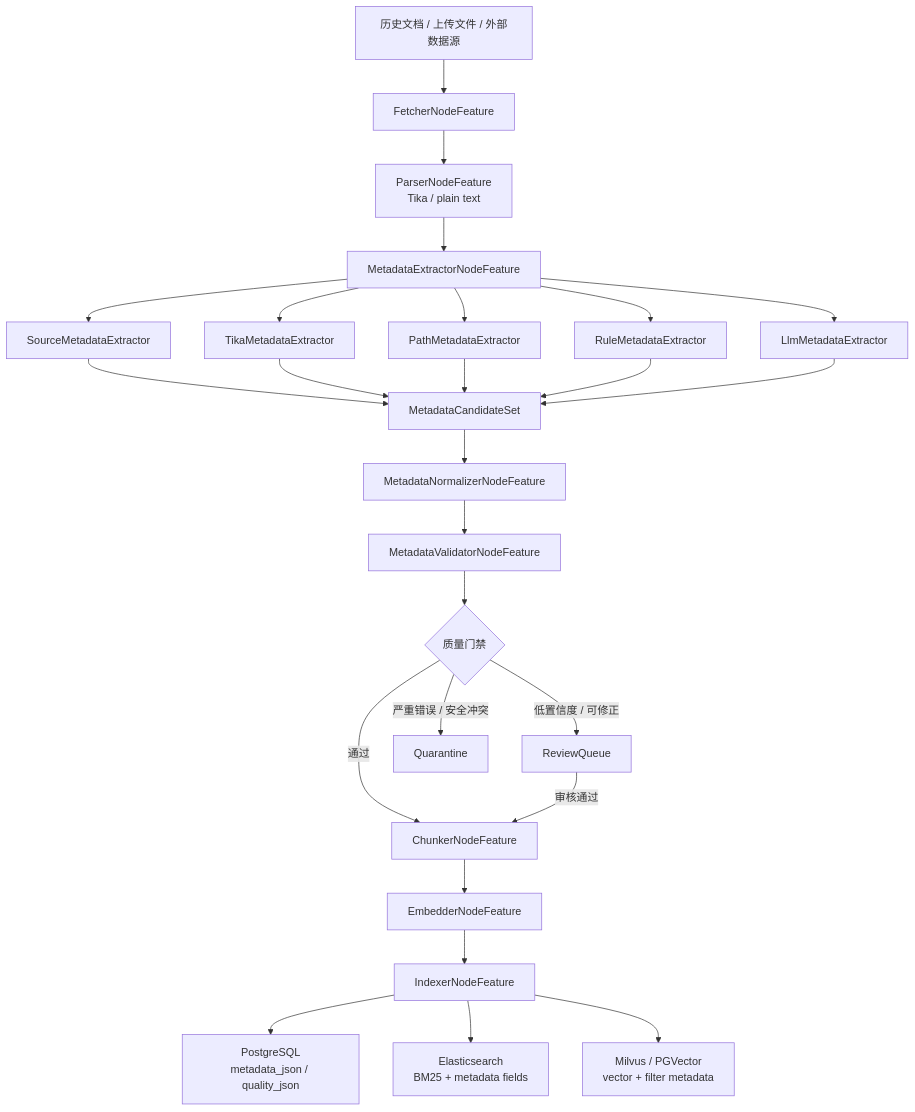
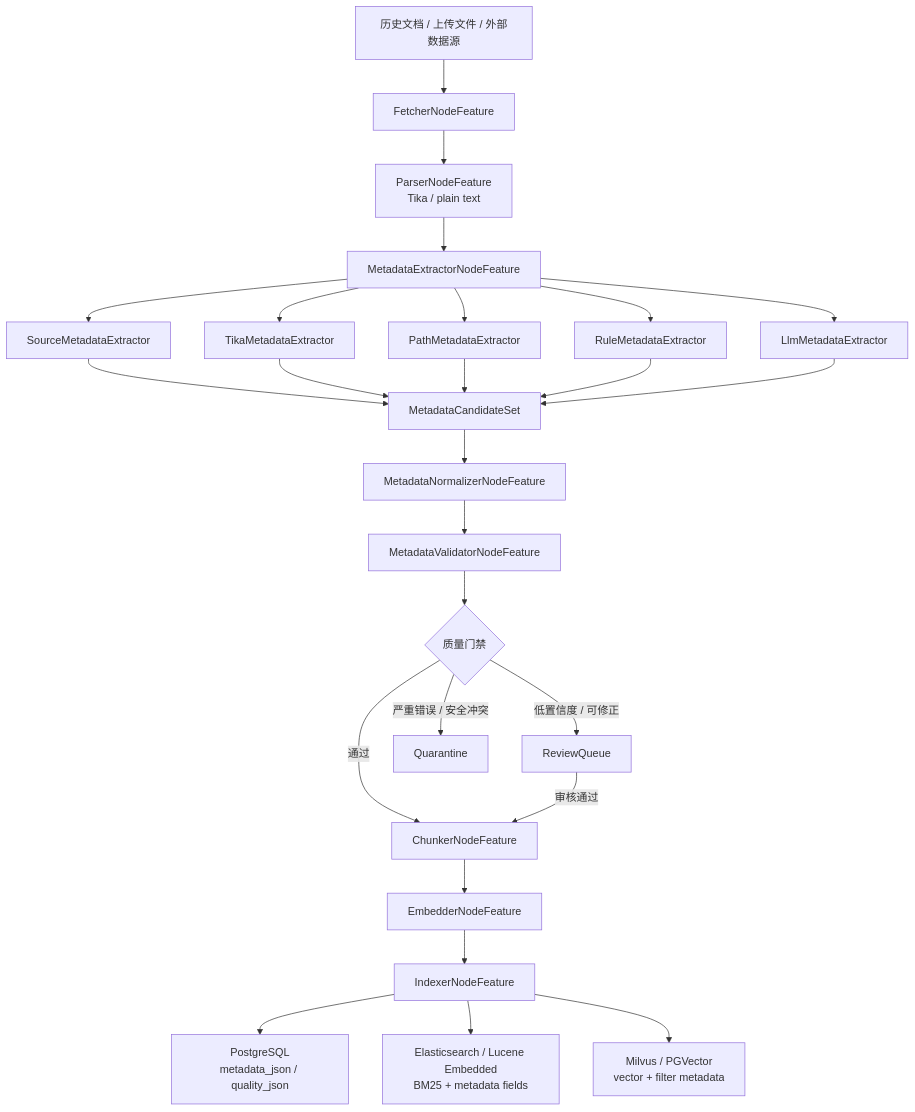
One commit to onceMisery/seahorse-agent changed the first of 2 diagrams in docs/zh/content/架构设计/企业级元数据抽取与治理管道设计.md. Above: the diagram before and after it, drawn with Mermaid. The commit also changed other lines of this file and 5 other files, not shown here.

````diff
--- a/docs/zh/content/架构设计/企业级元数据抽取与治理管道设计.md
+++ b/docs/zh/content/架构设计/企业级元数据抽取与治理管道设计.md
@@ -45,28 +45,28 @@
 ```mermaid
 flowchart TD
     A["历史文档 / 上传文件 / 外部数据源"] --> B["FetcherNodeFeature"]
     B --> C["ParserNodeFeature<br/>Tika / plain text"]
     C --> D["MetadataExtractorNodeFeature"]
     D --> D1["SourceMetadataExtractor"]
     D --> D2["TikaMetadataExtractor"]
     D --> D3["PathMetadataExtractor"]
     D --> D4["RuleMetadataExtractor"]
     D --> D5["LlmMetadataExtractor"]
     D1 --> E["MetadataCandidateSet"]
     D2 --> E
     D3 --> E
     D4 --> E
     D5 --> E
     E --> F["MetadataNormalizerNodeFeature"]
     F --> G["MetadataValidatorNodeFeature"]
     G --> H{"质量门禁"}
     H -->|通过| I["ChunkerNodeFeature"]
     H -->|低置信度 / 可修正| R["ReviewQueue"]
     H -->|严重错误 / 安全冲突| Q["Quarantine"]
     R -->|审核通过| I
     I --> J["EmbedderNodeFeature"]
     J --> K["IndexerNodeFeature"]
     K --> PG["PostgreSQL<br/>metadata_json / quality_json"]
-    K --> ES["Elasticsearch<br/>BM25 + metadata fields"]
+    K --> ES["Elasticsearch / Lucene Embedded<br/>BM25 + metadata fields"]
     K --> VDB["Milvus / PGVector<br/>vector + filter metadata"]
 ```
````
